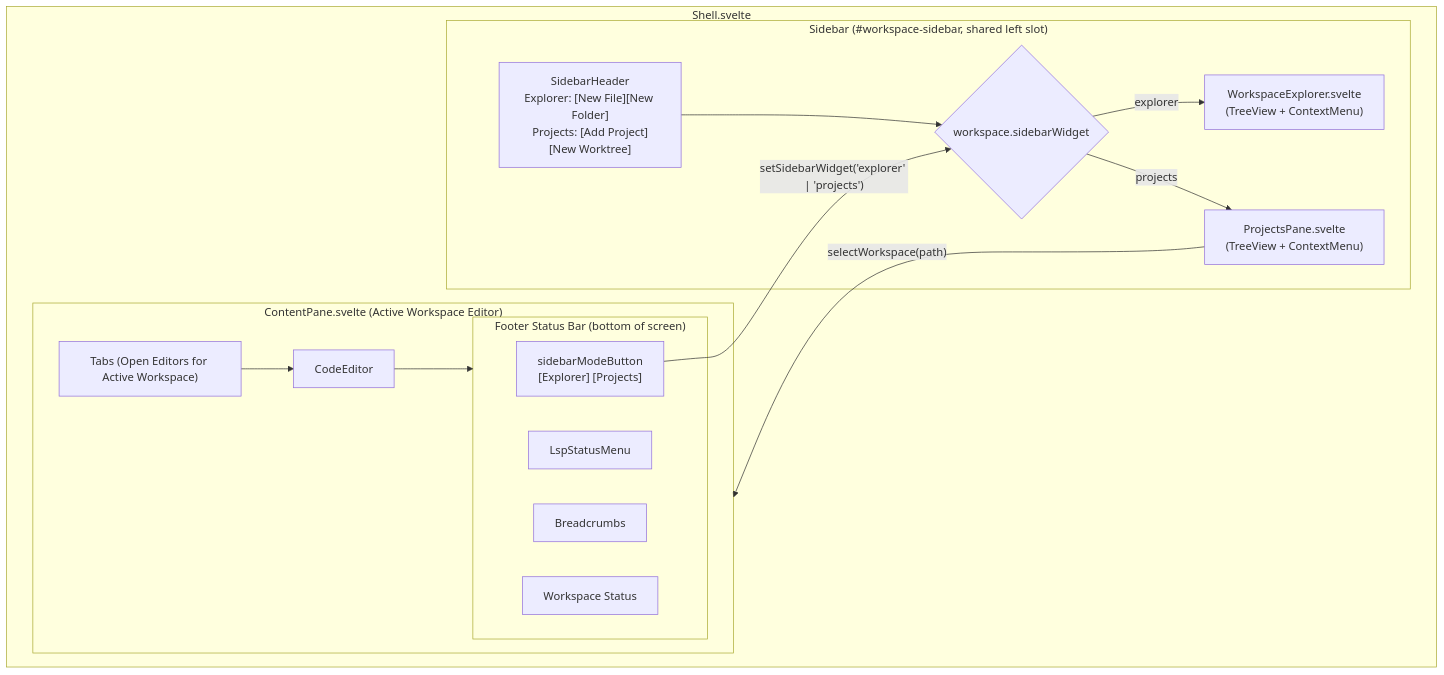
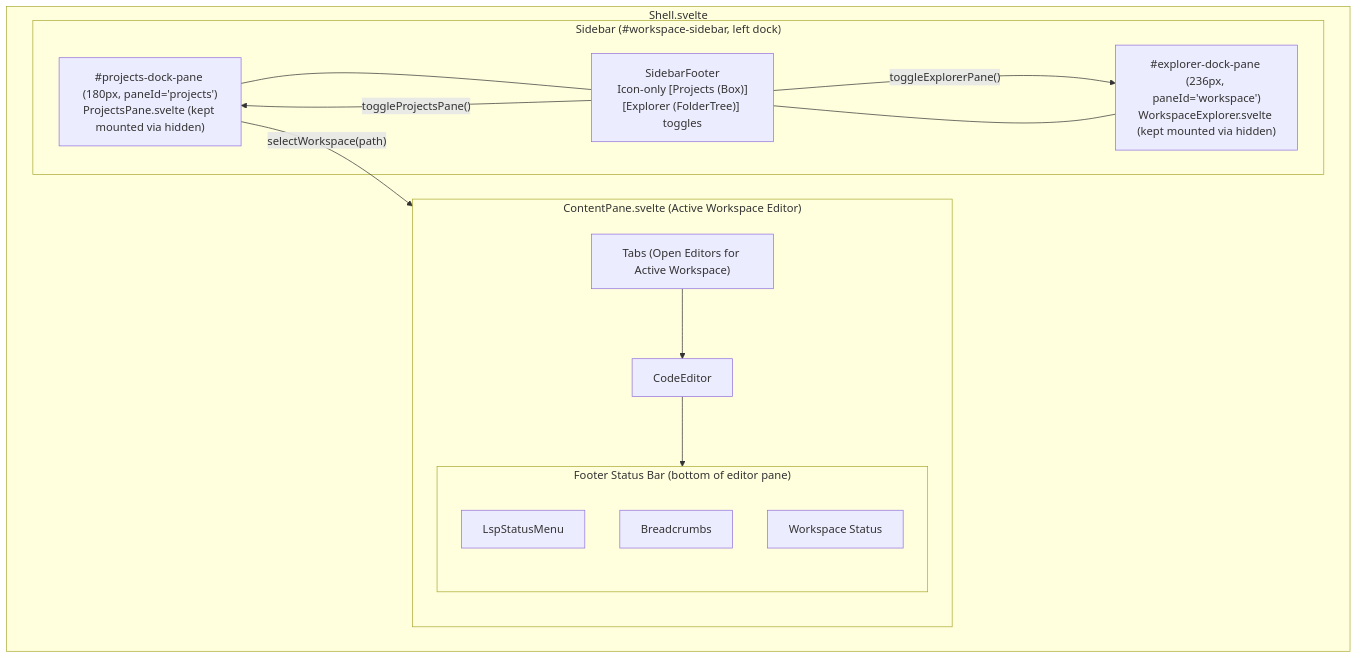
The first of 2 diagrams in docs/architecture/web/projects-pane.md (difflab-io/lgtm), drawn with Mermaid before and after one commit. The commit also changed other lines of this file and 21 other files, not shown here.

First line of the commit message:
feat(ui,web): add side-by-side projects pane, color selector, and project edit dialog

````diff
--- a/docs/architecture/web/projects-pane.md
+++ b/docs/architecture/web/projects-pane.md
@@ -30,29 +27,27 @@
 ```mermaid
 flowchart TB
     subgraph Shell["Shell.svelte"]
-        subgraph LeftSidebar["Sidebar (#workspace-sidebar, shared left slot)"]
-            HEADER["SidebarHeader\nExplorer: [New File][New Folder]\nProjects: [Add Project][New Worktree]"]
-            SLOT{"workspace.sidebarWidget"}
-            EXPLORER["WorkspaceExplorer.svelte\n(TreeView + ContextMenu)"]
-            PROJECTS["ProjectsPane.svelte\n(TreeView + ContextMenu)"]
-            HEADER --> SLOT
-            SLOT -->|"explorer"| EXPLORER
-            SLOT -->|"projects"| PROJECTS
+        subgraph LeftSidebar["Sidebar (#workspace-sidebar, left dock)"]
+            PROJECTS_DOCK["#projects-dock-pane (180px, paneId='projects')\nProjectsPane.svelte (kept mounted via hidden)"]
+            EXPLORER_DOCK["#explorer-dock-pane (236px, paneId='workspace')\nWorkspaceExplorer.svelte (kept mounted via hidden)"]
+            SIDEBAR_FOOTER["SidebarFooter\nIcon-only [Projects (Box)][Explorer (FolderTree)] toggles"]
+            PROJECTS_DOCK --- SIDEBAR_FOOTER
+            EXPLORER_DOCK --- SIDEBAR_FOOTER
         end
 
         subgraph MainPane["ContentPane.svelte (Active Workspace Editor)"]
             TABS["Tabs (Open Editors for Active Workspace)"]
             EDITOR["CodeEditor"]
-            subgraph Footer["Footer Status Bar (bottom of screen)"]
-                SWITCH["sidebarModeButton\n[Explorer] [Projects]"]
+            subgraph Footer["Footer Status Bar (bottom of editor pane)"]
                 LSP_MENU["LspStatusMenu"]
                 CRUMBS["Breadcrumbs"]
                 STATUS["Workspace Status"]
             end
             TABS --> EDITOR --> Footer
         end
     end
 
-    SWITCH -->|"setSidebarWidget('explorer' | 'projects')"| SLOT
-    PROJECTS -->|"selectWorkspace(path)"| MainPane
+    SIDEBAR_FOOTER -->|"toggleProjectsPane()"| PROJECTS_DOCK
+    SIDEBAR_FOOTER -->|"toggleExplorerPane()"| EXPLORER_DOCK
+    PROJECTS_DOCK -->|"selectWorkspace(path)"| MainPane
 ```
````
